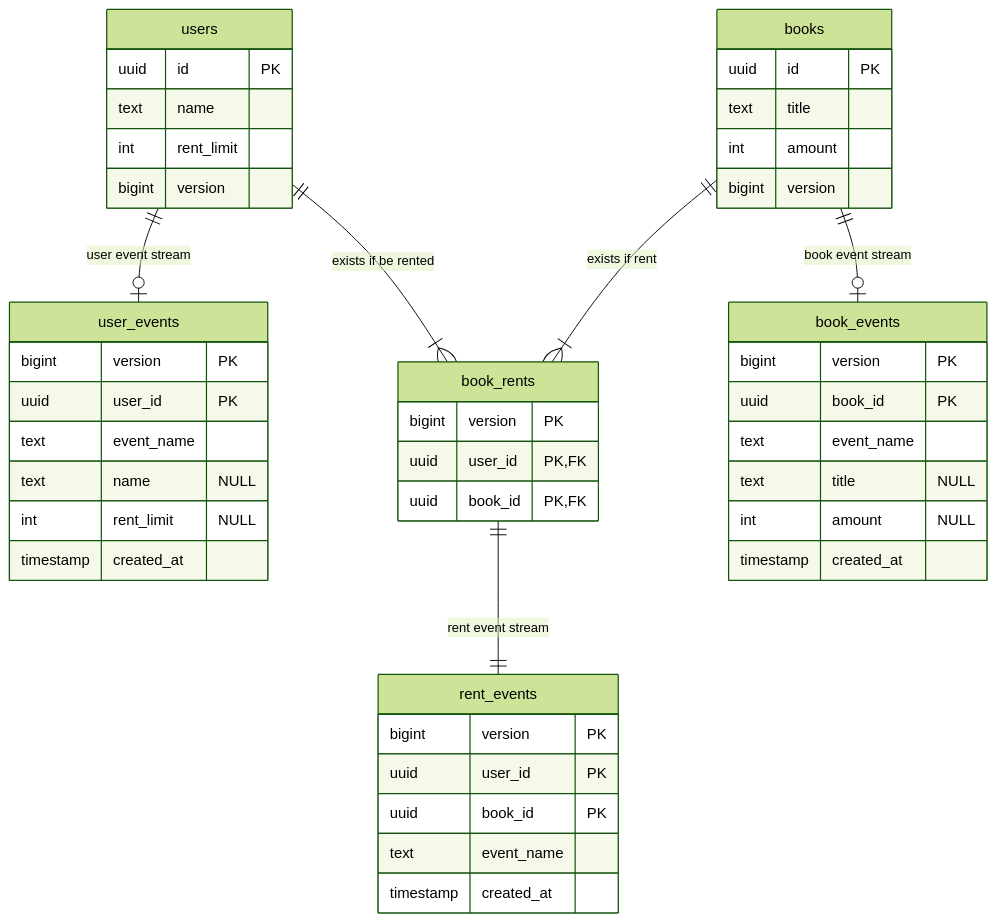
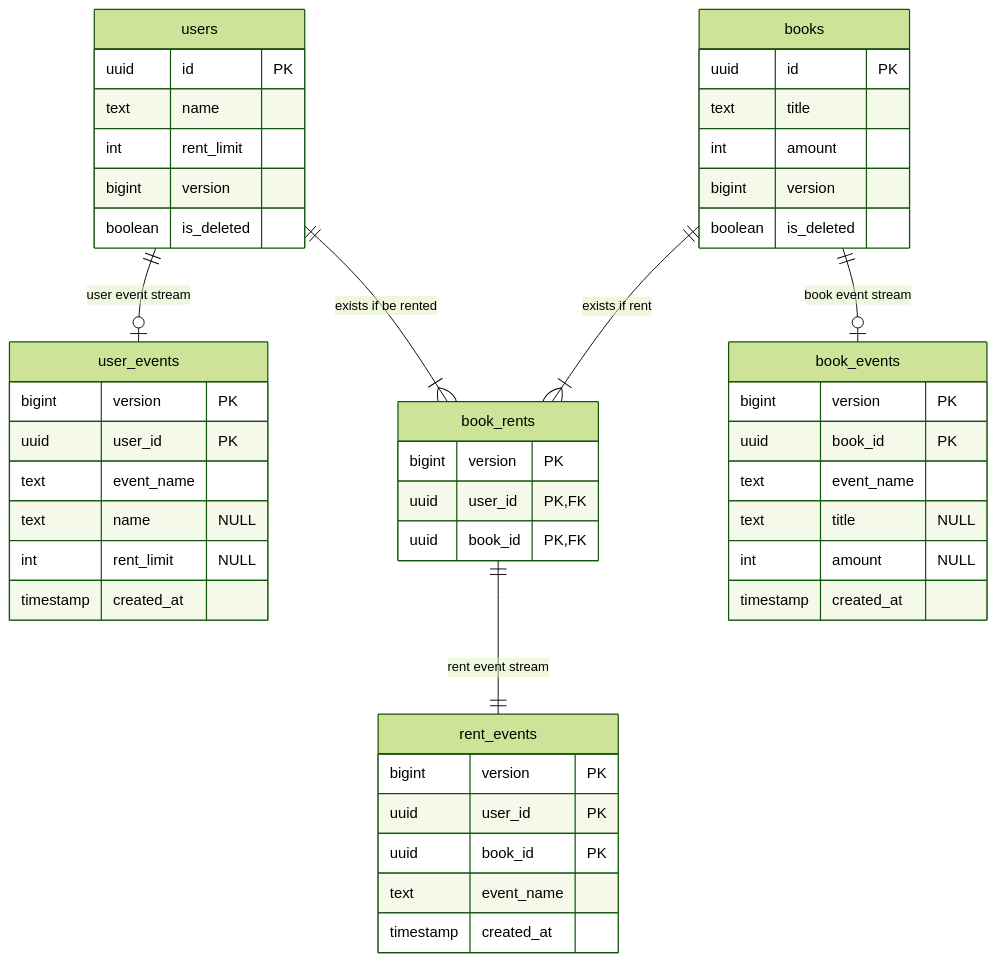
Before and after one commit to turtton/kmnlib: the diagram in kmnlib_back/README.md, drawn with Mermaid (forest theme). The commit also changed 12 other files, not shown here.

````diff
--- a/kmnlib_back/README.md
+++ b/kmnlib_back/README.md
@@ -13,49 +13,51 @@
 ```mermaid
 erDiagram
     users {
         uuid id "PK"
         text name
         int rent_limit
         bigint version
+        boolean is_deleted
     }
     user_events {
         bigint version "PK"
         uuid user_id "PK"
         text event_name
         text name "NULL"
         int rent_limit "NULL"
         timestamp created_at
     }
     books {
         uuid id "PK"
         text title
         int amount
         bigint version
+        boolean is_deleted
     }
     book_rents {
         bigint version "PK"
         uuid user_id "PK,FK"
         uuid book_id "PK,FK"
     }
     book_events {
         bigint version "PK"
         uuid book_id "PK"
         text event_name
         text title "NULL"
         int amount "NULL"
         timestamp created_at
     }
     rent_events {
         bigint version "PK"
         uuid user_id "PK"
         uuid book_id "PK"
         text event_name
         timestamp created_at
     }
 
     books ||--|{ book_rents: "exists if rent"
     books ||--o| book_events: "book event stream"
     users ||--o| user_events: "user event stream"
     users ||--|{ book_rents: "exists if be rented"
     book_rents ||--|| rent_events: "rent event stream"
 ```
````
